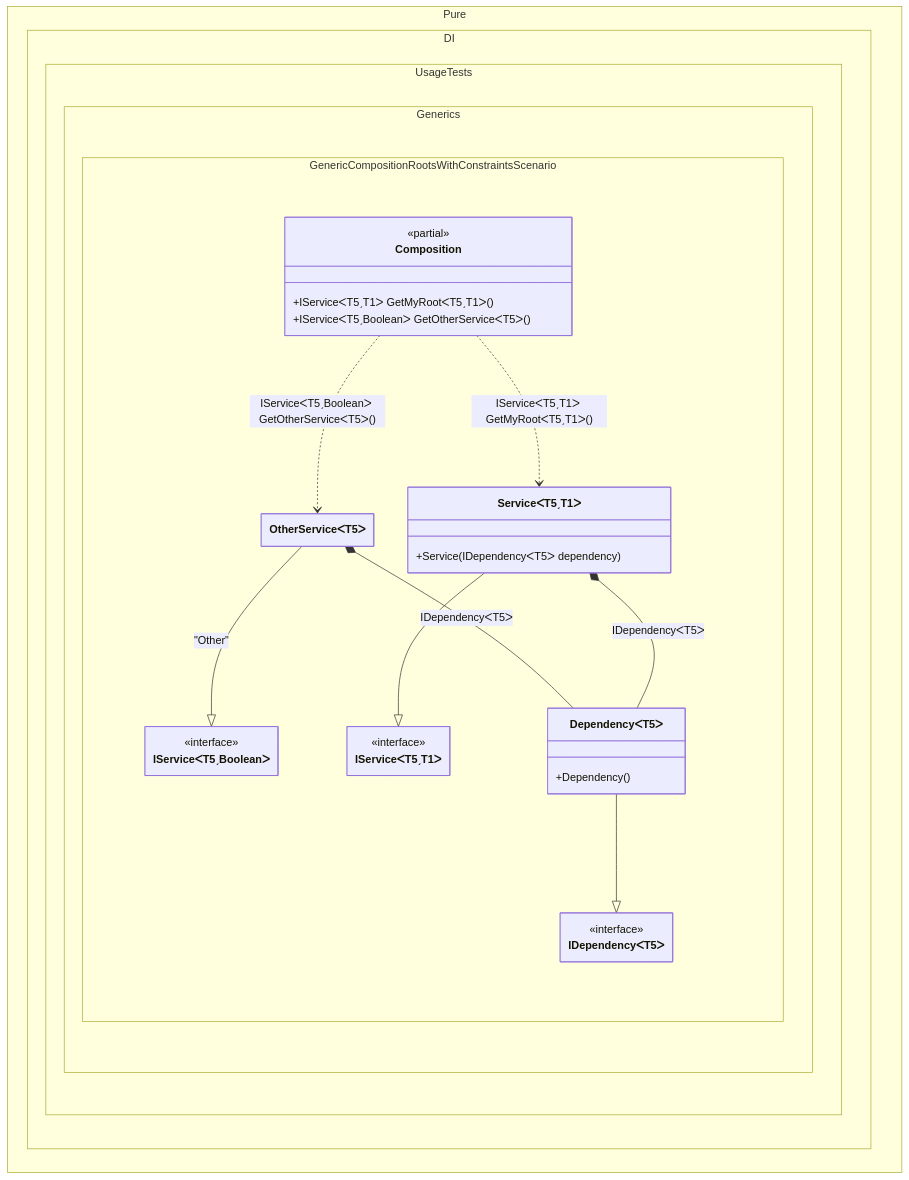
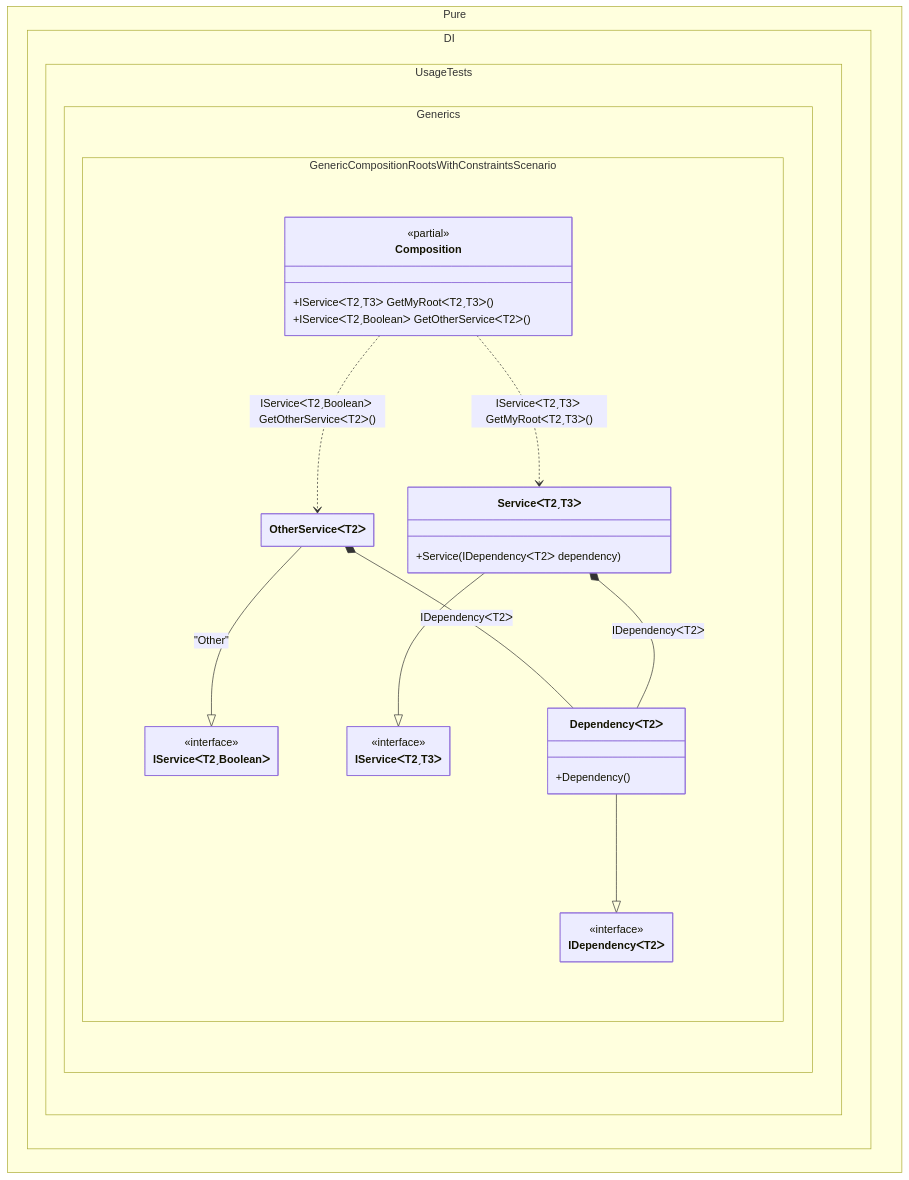
One commit to DevTeam/Pure.DI changed the diagram in readme/generic-composition-roots-with-constraints.md. Above: the diagram before and after it, drawn with Mermaid. The commit also changed other lines of this file and 177 other files, not shown here.

````diff
--- a/readme/generic-composition-roots-with-constraints.md
+++ b/readme/generic-composition-roots-with-constraints.md
@@ -128,39 +128,39 @@
 ```mermaid
 ---
  config:
   class:
    hideEmptyMembersBox: true
 ---
 classDiagram
-	OtherServiceᐸT5ᐳ --|> IServiceᐸT5ˏBooleanᐳ : "Other" 
-	ServiceᐸT5ˏT1ᐳ --|> IServiceᐸT5ˏT1ᐳ
-	DependencyᐸT5ᐳ --|> IDependencyᐸT5ᐳ
-	Composition ..> OtherServiceᐸT5ᐳ : IServiceᐸT5ˏBooleanᐳ GetOtherServiceᐸT5ᐳ()
-	Composition ..> ServiceᐸT5ˏT1ᐳ : IServiceᐸT5ˏT1ᐳ GetMyRootᐸT5ˏT1ᐳ()
-	OtherServiceᐸT5ᐳ *--  DependencyᐸT5ᐳ : IDependencyᐸT5ᐳ
-	ServiceᐸT5ˏT1ᐳ *--  DependencyᐸT5ᐳ : IDependencyᐸT5ᐳ
+	OtherServiceᐸT2ᐳ --|> IServiceᐸT2ˏBooleanᐳ : "Other" 
+	ServiceᐸT2ˏT3ᐳ --|> IServiceᐸT2ˏT3ᐳ
+	DependencyᐸT2ᐳ --|> IDependencyᐸT2ᐳ
+	Composition ..> OtherServiceᐸT2ᐳ : IServiceᐸT2ˏBooleanᐳ GetOtherServiceᐸT2ᐳ()
+	Composition ..> ServiceᐸT2ˏT3ᐳ : IServiceᐸT2ˏT3ᐳ GetMyRootᐸT2ˏT3ᐳ()
+	OtherServiceᐸT2ᐳ *--  DependencyᐸT2ᐳ : IDependencyᐸT2ᐳ
+	ServiceᐸT2ˏT3ᐳ *--  DependencyᐸT2ᐳ : IDependencyᐸT2ᐳ
 	namespace Pure.DI.UsageTests.Generics.GenericCompositionRootsWithConstraintsScenario {
 		class Composition {
 		<<partial>>
-		+IServiceᐸT5ˏT1ᐳ GetMyRootᐸT5ˏT1ᐳ()
-		+IServiceᐸT5ˏBooleanᐳ GetOtherServiceᐸT5ᐳ()
+		+IServiceᐸT2ˏT3ᐳ GetMyRootᐸT2ˏT3ᐳ()
+		+IServiceᐸT2ˏBooleanᐳ GetOtherServiceᐸT2ᐳ()
 		}
-		class DependencyᐸT5ᐳ {
+		class DependencyᐸT2ᐳ {
 			+Dependency()
 		}
-		class IDependencyᐸT5ᐳ {
+		class IDependencyᐸT2ᐳ {
 			<<interface>>
 		}
-		class IServiceᐸT5ˏBooleanᐳ {
+		class IServiceᐸT2ˏBooleanᐳ {
 			<<interface>>
 		}
-		class IServiceᐸT5ˏT1ᐳ {
+		class IServiceᐸT2ˏT3ᐳ {
 			<<interface>>
 		}
-		class OtherServiceᐸT5ᐳ {
+		class OtherServiceᐸT2ᐳ {
 		}
-		class ServiceᐸT5ˏT1ᐳ {
-			+Service(IDependencyᐸT5ᐳ dependency)
+		class ServiceᐸT2ˏT3ᐳ {
+			+Service(IDependencyᐸT2ᐳ dependency)
 		}
 	}
 ```
````
